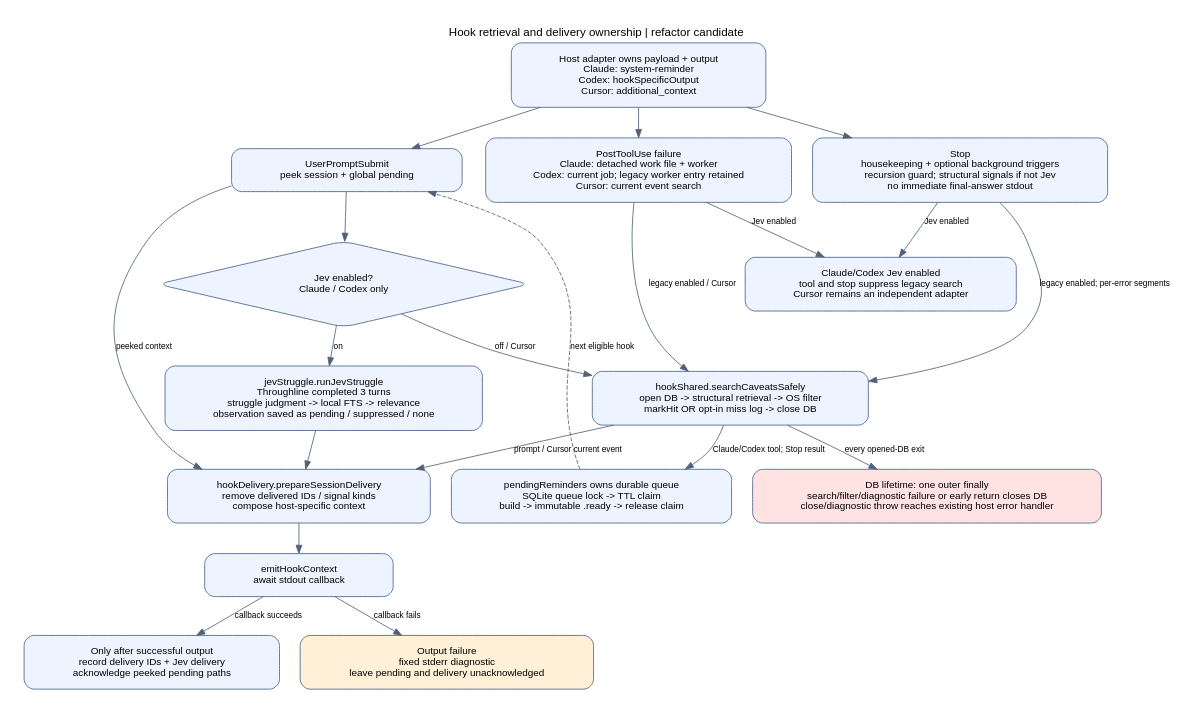
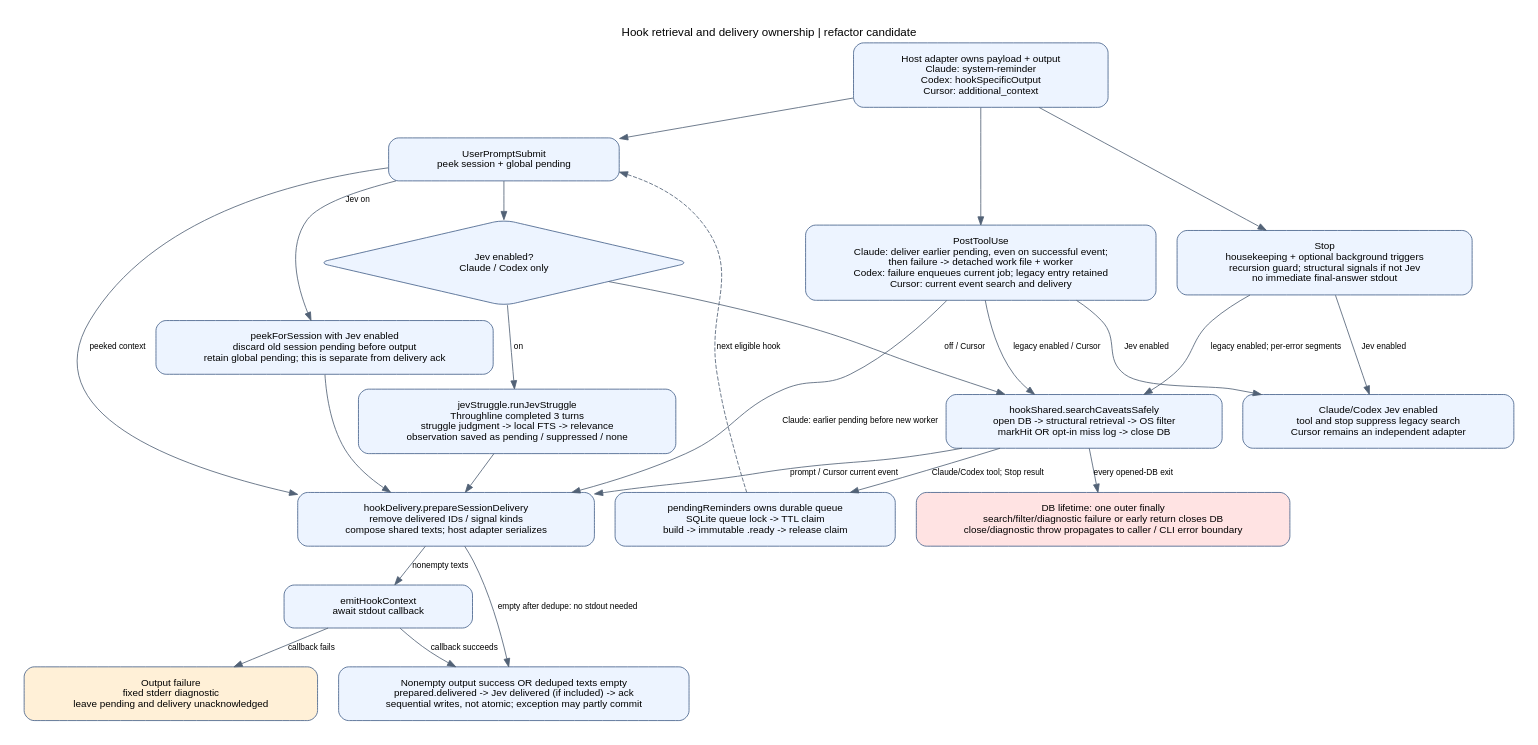
One commit to kitepon/Caveat changed the diagram in docs/diagrams/05-hooks-delivery.dot. Above: the diagram before and after it, drawn with Graphviz. The commit also changed 25 other files, not shown here.

Commit message:
docs: align feature diagrams with failure and delivery contracts

```diff
--- a/docs/diagrams/05-hooks-delivery.dot
+++ b/docs/diagrams/05-hooks-delivery.dot
@@ -1,38 +1,45 @@
 digraph hooks {
  graph [rankdir=TB, bgcolor="white", pad="0.3", nodesep="0.35", ranksep="0.5", fontname="Arial", label="Hook retrieval and delivery ownership | refactor candidate", labelloc=t];
  node [shape=box, style="rounded,filled", fillcolor="#edf4ff", color="#45618a", fontname="Arial", fontsize=12, margin="0.8,0.18"];
  edge [fontname="Arial", fontsize=10, color="#526276"];
  host [label="Host adapter owns payload + output\nClaude: system-reminder\nCodex: hookSpecificOutput\nCursor: additional_context"];
  prompt [label="UserPromptSubmit\npeek session + global pending"];
  choice [shape=diamond, label="Jev enabled?\nClaude / Codex only"];
  legacy [label="hookShared.searchCaveatsSafely\nopen DB -> structural retrieval -> OS filter\nmarkHit OR opt-in miss log -> close DB"];
  jev [label="jevStruggle.runJevStruggle\nThroughline completed 3 turns\nstruggle judgment -> local FTS -> relevance\nobservation saved as pending / suppressed / none"];
- tool [label="PostToolUse failure\nClaude: detached work file + worker\nCodex: current job; legacy worker entry retained\nCursor: current event search"];
+ tool [label="PostToolUse\nClaude: deliver earlier pending, even on successful event;\nthen failure -> detached work file + worker\nCodex: failure enqueues current job; legacy entry retained\nCursor: current event search and delivery"];
  stop [label="Stop\nhousekeeping + optional background triggers\nrecursion guard; structural signals if not Jev\nno immediate final-answer stdout"];
  claim [label="pendingReminders owns durable queue\nSQLite queue lock -> TTL claim\nbuild -> immutable .ready -> release claim"];
- dedupe [label="hookDelivery.prepareSessionDelivery\nremove delivered IDs / signal kinds\ncompose host-specific context"];
+ dedupe [label="hookDelivery.prepareSessionDelivery\nremove delivered IDs / signal kinds\ncompose shared texts; host adapter serializes"];
  stdout [label="emitHookContext\nawait stdout callback"];
- commit [label="Only after successful output\nrecord delivery IDs + Jev delivery\nacknowledge peeked pending paths"];
+ commit [label="Nonempty output success OR deduped texts empty\nprepared.delivered -> Jev delivered (if included) -> ack\nsequential writes, not atomic; exception may partly commit"];
  fail [fillcolor="#fff0d7", label="Output failure\nfixed stderr diagnostic\nleave pending and delivery unacknowledged"];
- leak [fillcolor="#ffe3e3", label="DB lifetime: one outer finally\nsearch/filter/diagnostic failure or early return closes DB\nclose/diagnostic throw reaches existing host error handler"];
+ leak [fillcolor="#ffe3e3", label="DB lifetime: one outer finally\nsearch/filter/diagnostic failure or early return closes DB\nclose/diagnostic throw propagates to caller / CLI error boundary"];
  host -> {prompt tool stop};
  prompt -> choice;
  choice -> legacy [label="off / Cursor"];
  choice -> jev [label="on"];
  tool -> legacy [label="legacy enabled / Cursor"];
  stop -> legacy [label="legacy enabled; per-error segments"];
  legacy -> claim [label="Claude/Codex tool; Stop result"];
  claim -> prompt [label="next eligible hook", style=dashed];
  legacy -> dedupe [label="prompt / Cursor current event"];
  jev -> dedupe;
  prompt -> dedupe [label="peeked context"];
- dedupe -> stdout;
+ dedupe -> stdout [label="nonempty texts"];
+ dedupe -> commit [label="empty after dedupe: no stdout needed"];
  stdout -> commit [label="callback succeeds"];
  stdout -> fail [label="callback fails"];
  legacy -> leak [label="every opened-DB exit"];
 
  jevskip [label="Claude/Codex Jev enabled\ntool and stop suppress legacy search\nCursor remains an independent adapter"];
  tool -> jevskip [label="Jev enabled"];
  stop -> jevskip [label="Jev enabled"];
 
+
+ discard [label="peekForSession with Jev enabled\ndiscard old session pending before output\nretain global pending; this is separate from delivery ack"];
+ prompt -> discard [label="Jev on"];
+ discard -> dedupe;
+ tool -> dedupe [label="Claude: earlier pending before new worker"];
+
 }
```
